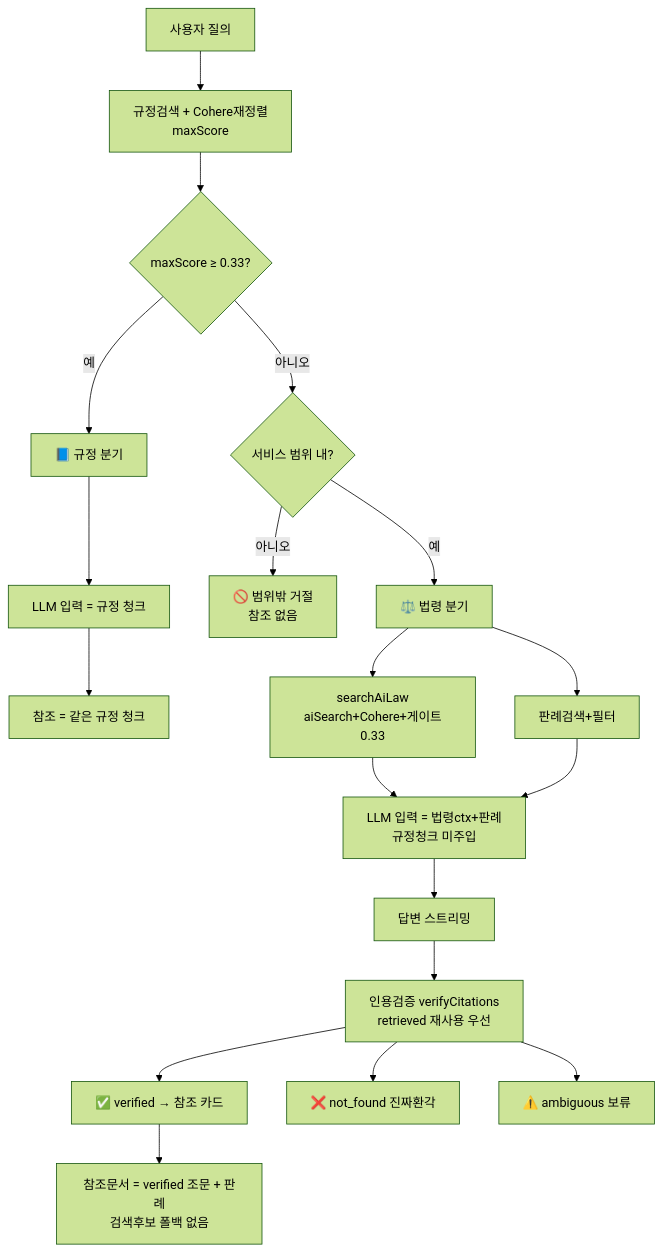
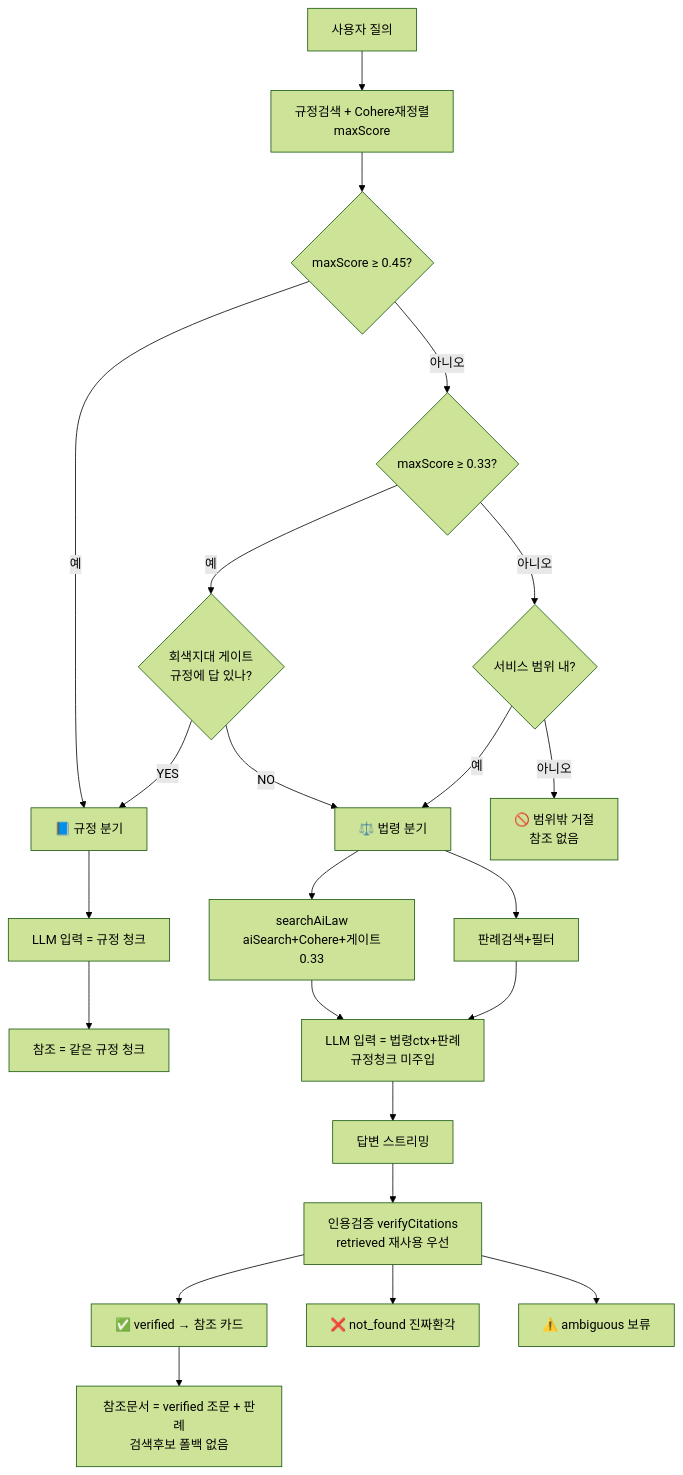
The diagram in docs/09-chat-flow.md (kca-deep/ict-portal), drawn with Mermaid (forest theme) before and after one commit. The commit also changed other lines of this file and 2 other files, not shown here.

First line of the commit message:
fix(advisor): 회색지대 적합성 게이트로 노이즈 규정청크 오라우팅 차단

````diff
--- a/docs/09-chat-flow.md
+++ b/docs/09-chat-flow.md
@@ -143,23 +157,27 @@
 ```mermaid
 flowchart TD
     Q[사용자 질의] --> RS[규정검색 + Cohere재정렬<br/>maxScore]
-    RS --> G{maxScore ≥ 0.33?}
-    G -- 예 --> REG[📘 규정 분기]
+    RS --> GU{maxScore ≥ 0.45?}
+    GU -- 예 --> REG[📘 규정 분기]
+    GU -- 아니오 --> G{maxScore ≥ 0.33?}
+    G -- 예 --> GZ{회색지대 게이트<br/>규정에 답 있나?}
+    GZ -- YES --> REG
+    GZ -- NO --> LAW[⚖️ 법령 분기]
     G -- 아니오 --> SC{서비스 범위 내?}
     SC -- 아니오 --> OUT[🚫 범위밖 거절<br/>참조 없음]
-    SC -- 예 --> LAW[⚖️ 법령 분기]
+    SC -- 예 --> LAW
 
     REG --> REGin[LLM 입력 = 규정 청크]
     REGin --> REGout[참조 = 같은 규정 청크]
 
     LAW --> AIS[searchAiLaw<br/>aiSearch+Cohere+게이트0.33]
     LAW --> DEC[판례검색+필터]
     AIS --> CTX[LLM 입력 = 법령ctx+판례<br/>규정청크 미주입]
     DEC --> CTX
     CTX --> ANS[답변 스트리밍]
     ANS --> VC[인용검증 verifyCitations<br/>retrieved 재사용 우선]
     VC --> V1[✅ verified → 참조 카드]
     VC --> V2[❌ not_found 진짜환각]
     VC --> V3[⚠️ ambiguous 보류]
     V1 --> DISP[참조문서 = verified 조문 + 판례<br/>검색후보 폴백 없음]
 ```
````
